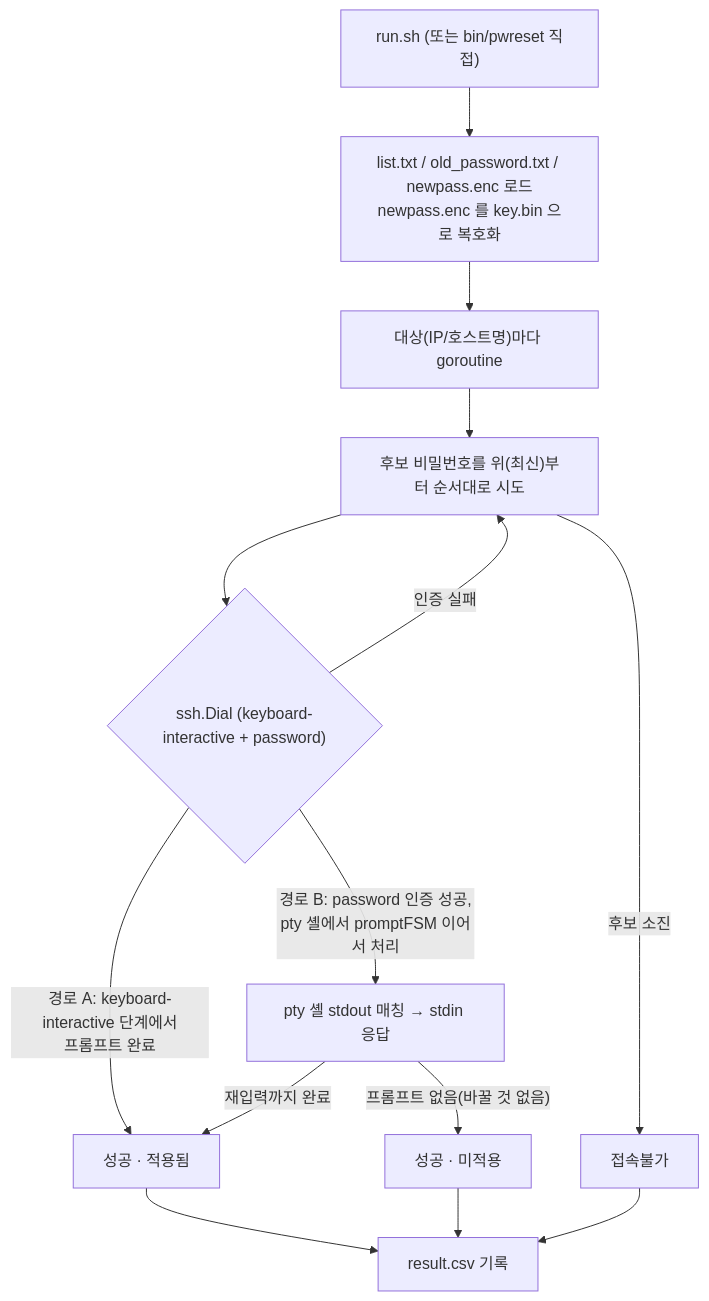
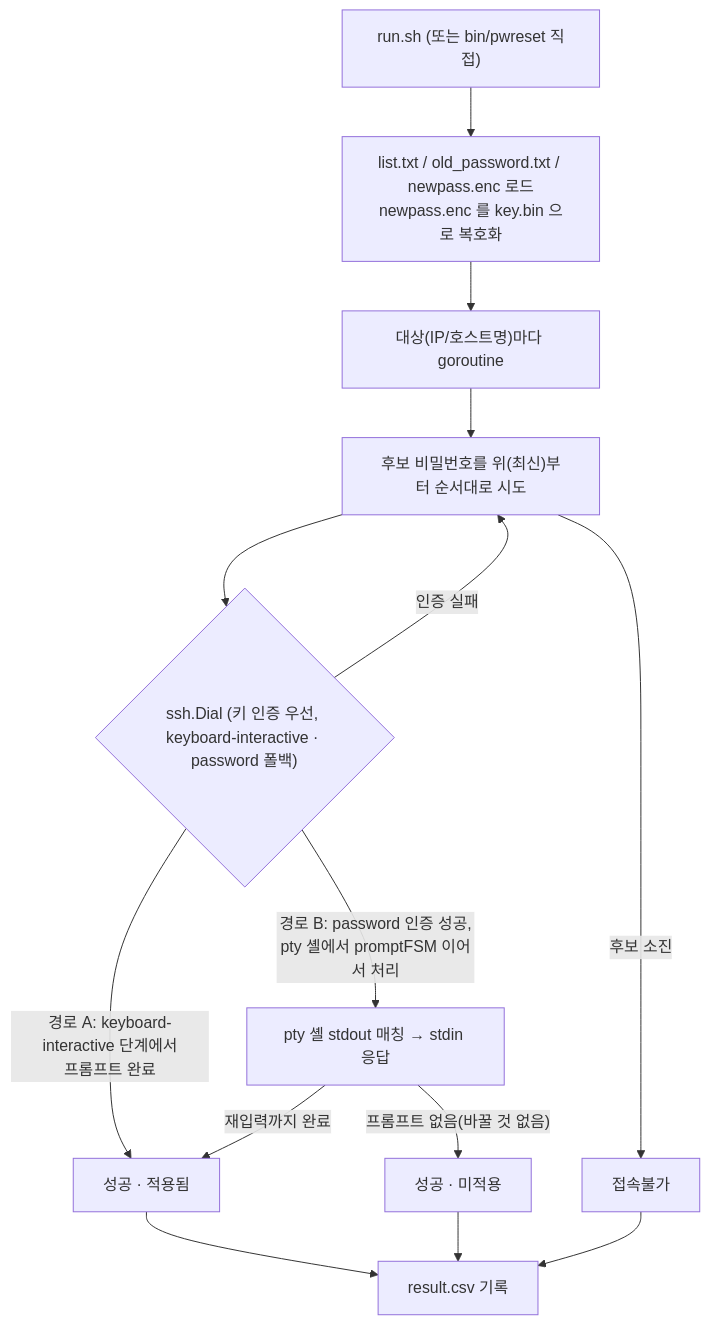
Before and after one commit to qazx2675/myrepo: the diagram in ARCHITECTURE.md, drawn with Mermaid. The commit also changed other lines of this file and 6 other files, not shown here.

First line of the commit message:
feat(pwreset): SSH 키 인증 우선 (PasswordAuthentication no 대응)

````diff
--- a/ARCHITECTURE.md
+++ b/ARCHITECTURE.md
@@ -45,16 +45,16 @@
 ```mermaid
 flowchart TD
     A["run.sh (또는 bin/pwreset 직접)"] --> B["list.txt / old_password.txt / newpass.enc 로드<br/>newpass.enc 를 key.bin 으로 복호화"]
     B --> C["대상(IP/호스트명)마다 goroutine"]
     C --> D["후보 비밀번호를 위(최신)부터 순서대로 시도"]
-    D --> E{"ssh.Dial (keyboard-interactive + password)"}
+    D --> E{"ssh.Dial (키 인증 우선, keyboard-interactive · password 폴백)"}
     E -->|"인증 실패"| D
     E -->|"경로 A: keyboard-interactive 단계에서<br/>프롬프트 완료"| G["성공 · 적용됨"]
     E -->|"경로 B: password 인증 성공,<br/>pty 셸에서 promptFSM 이어서 처리"| F["pty 셸 stdout 매칭 → stdin 응답"]
     F -->|"재입력까지 완료"| G
     F -->|"프롬프트 없음(바꿀 것 없음)"| H["성공 · 미적용"]
     D -->|"후보 소진"| I["접속불가"]
     G --> J["result.csv 기록"]
     H --> J
     I --> J
 ```
````
